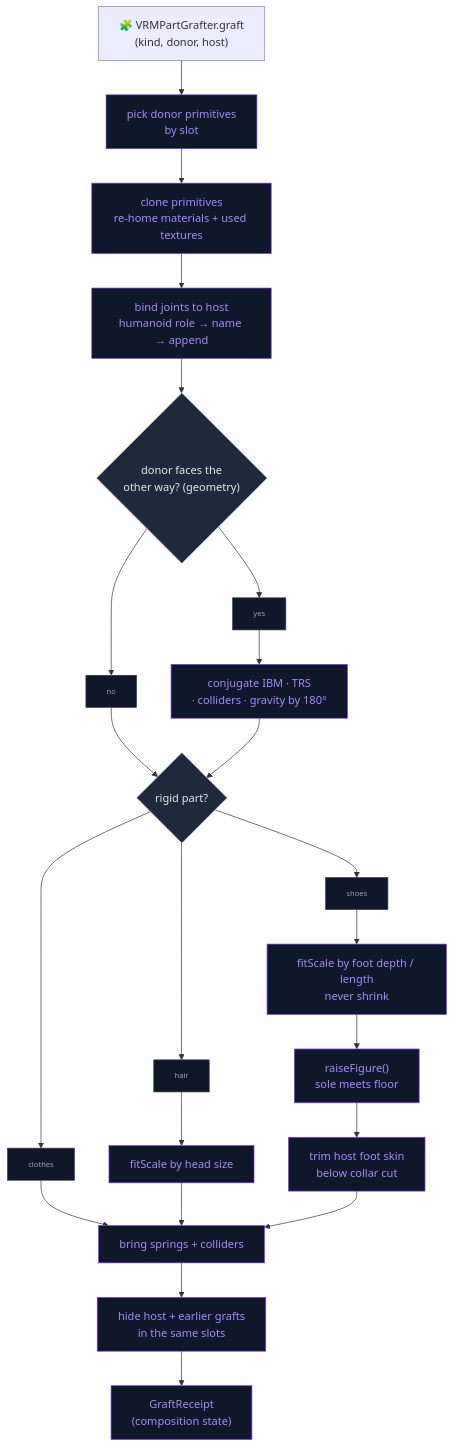
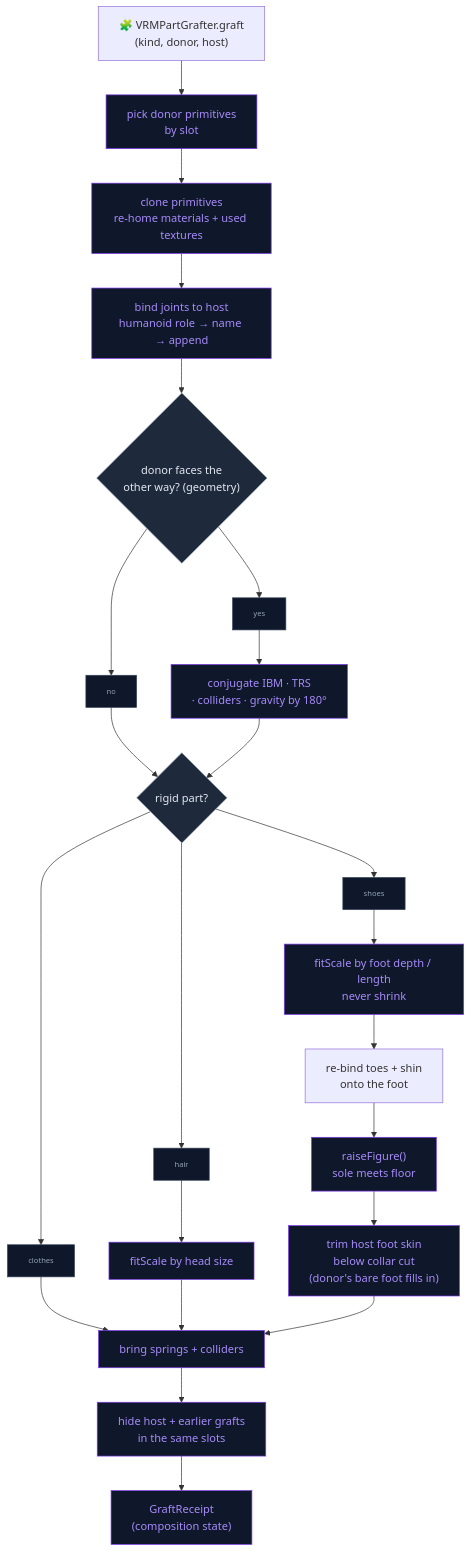
One commit to kevinliddel/NeuraLink changed the second of 3 diagrams in docs/CHARACTER_CUSTOMIZATION.md. Above: the diagram before and after it, drawn with Mermaid. The commit also changed other lines of this file and 12 other files, not shown here.

Commit message:
feat: add shoe grafting support with bare foot cloning and skin trimming improvements

````diff
--- a/docs/CHARACTER_CUSTOMIZATION.md
+++ b/docs/CHARACTER_CUSTOMIZATION.md
@@ -282,32 +305,33 @@
 ```mermaid
 flowchart TD
     START["🧩 VRMPartGrafter.graft<br/>(kind, donor, host)"] --> PICK["pick donor primitives<br/>by slot"]
     PICK --> CLONE["clone primitives<br/>re-home materials + used textures"]
     CLONE --> BIND["bind joints to host<br/>humanoid role → name → append"]
     BIND --> YAW{"donor faces the<br/>other way? (geometry)"}
     YAW --> D1["yes"] --> CONJ["conjugate IBM · TRS<br/>· colliders · gravity by 180°"]
     YAW --> D2["no"] --> RIGID
     CONJ --> RIGID{"rigid part?"}
 
     RIGID --> D3["hair"] --> HEAD["fitScale by head size"]
     RIGID --> D4["shoes"] --> FOOT["fitScale by foot depth / length<br/>never shrink"]
     RIGID --> D5["clothes"] --> SPRINGS
 
-    FOOT --> LIFT["raiseFigure()<br/>sole meets floor"]
-    LIFT --> TRIM["trim host foot skin<br/>below collar cut"]
+    FOOT --> ANCHOR["re-bind toes + shin<br/>onto the foot"]
+    ANCHOR --> LIFT["raiseFigure()<br/>sole meets floor"]
+    LIFT --> TRIM["trim host foot skin<br/>below collar cut<br/>(donor's bare foot fills in)"]
     HEAD --> SPRINGS["bring springs + colliders"]
     TRIM --> SPRINGS
     SPRINGS --> HIDE["hide host + earlier grafts<br/>in the same slots"]
     HIDE --> RECEIPT["GraftReceipt<br/>(composition state)"]
 
     %% Styles
     classDef core fill:#0f172a,stroke:#7c3aed,color:#a78bfa
     classDef decision fill:#1e293b,stroke:#94a3b8,color:#e2e8f0
 
     class PICK,CLONE,BIND,CONJ,HEAD,FOOT,LIFT,TRIM,SPRINGS,HIDE,RECEIPT core
     class YAW,RIGID decision
 
     %% Data nodes (consistent system-wide)
     classDef data fill:#0f172a,stroke:#334155,color:#94a3b8,font-size:11px
     class D1,D2,D3,D4,D5 data
 ```
````
